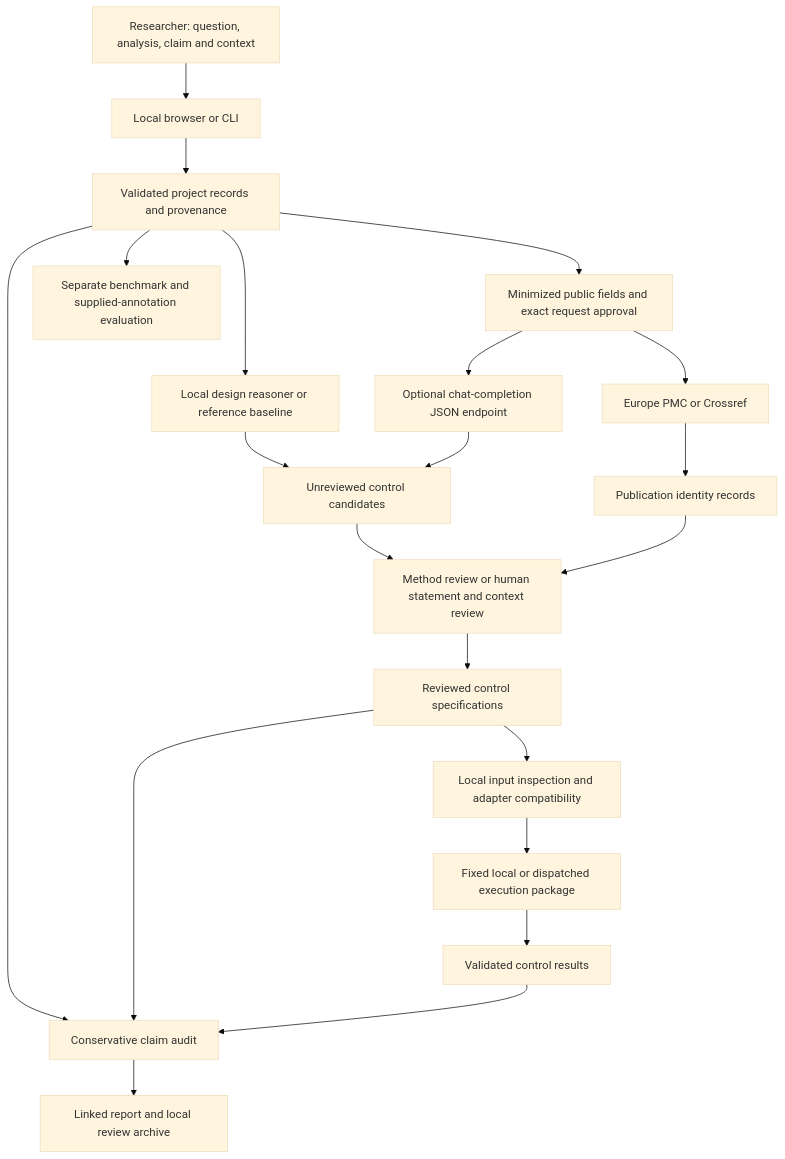
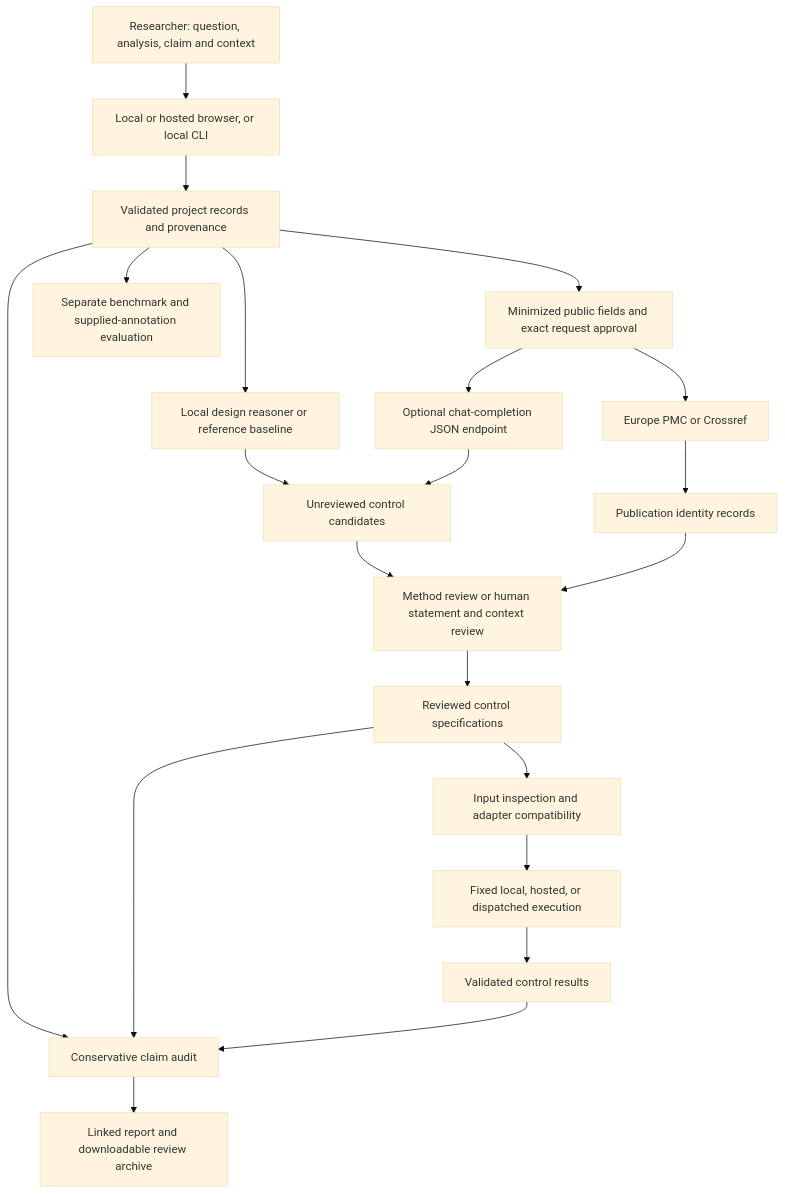
The diagram in docs/AGENT_ARCHITECTURE.md (Qasim-Hussain-Code/controlomics), drawn with Mermaid (base theme) before and after one commit. The commit also changed other lines of this file and 39 other files, not shown here.

````diff
--- a/docs/AGENT_ARCHITECTURE.md
+++ b/docs/AGENT_ARCHITECTURE.md
@@ -7,23 +7,23 @@
 ```mermaid
 flowchart TD
-    R[Researcher: question, analysis, claim and context] --> UI[Local browser or CLI]
+    R[Researcher: question, analysis, claim and context] --> UI[Local or hosted browser, or local CLI]
     UI --> CORE[Validated project records and provenance]
     CORE --> THINK[Local design reasoner or reference baseline]
     THINK --> CAND[Unreviewed control candidates]
     CORE --> GATE[Minimized public fields and exact request approval]
     GATE --> LLM[Optional chat-completion JSON endpoint]
     LLM --> CAND
     GATE --> PUB[Europe PMC or Crossref]
     PUB --> EVID[Publication identity records]
     CAND --> REVIEW[Method review or human statement and context review]
     EVID --> REVIEW
     REVIEW --> SPEC[Reviewed control specifications]
-    SPEC --> CHECK[Local input inspection and adapter compatibility]
-    CHECK --> EXEC[Fixed local or dispatched execution package]
+    SPEC --> CHECK[Input inspection and adapter compatibility]
+    CHECK --> EXEC[Fixed local, hosted, or dispatched execution]
     EXEC --> RESULT[Validated control results]
     CORE --> AUDIT[Conservative claim audit]
     SPEC --> AUDIT
     RESULT --> AUDIT
-    AUDIT --> OUT[Linked report and local review archive]
+    AUDIT --> OUT[Linked report and downloadable review archive]
     CORE --> BENCH[Separate benchmark and supplied-annotation evaluation]
 ```
````
